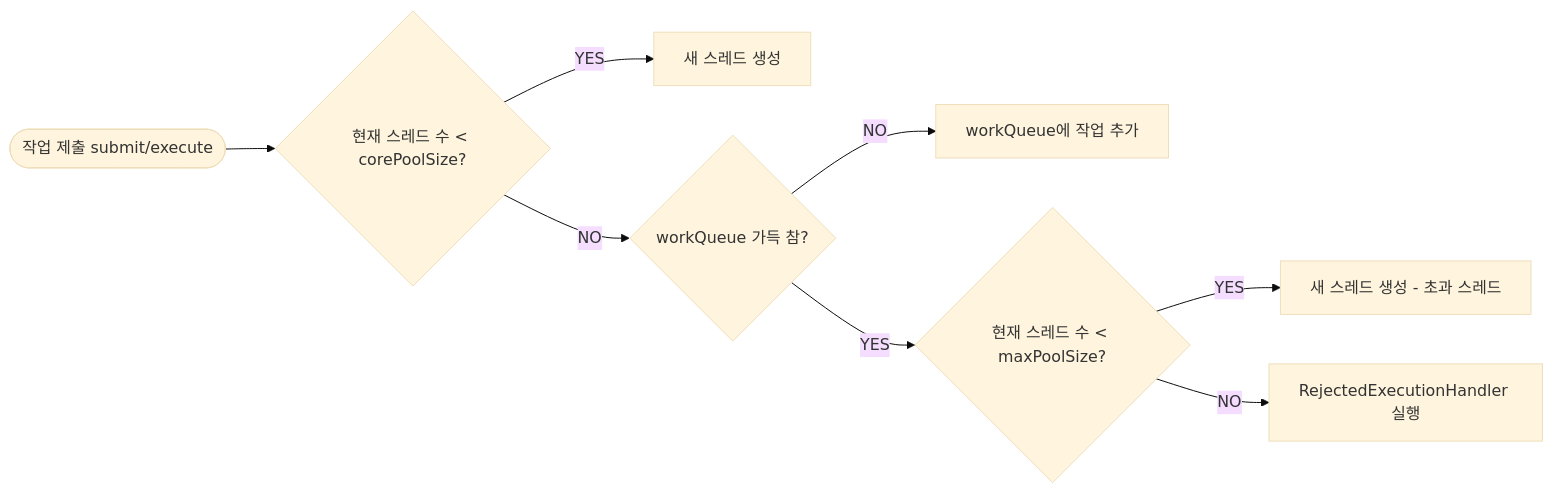
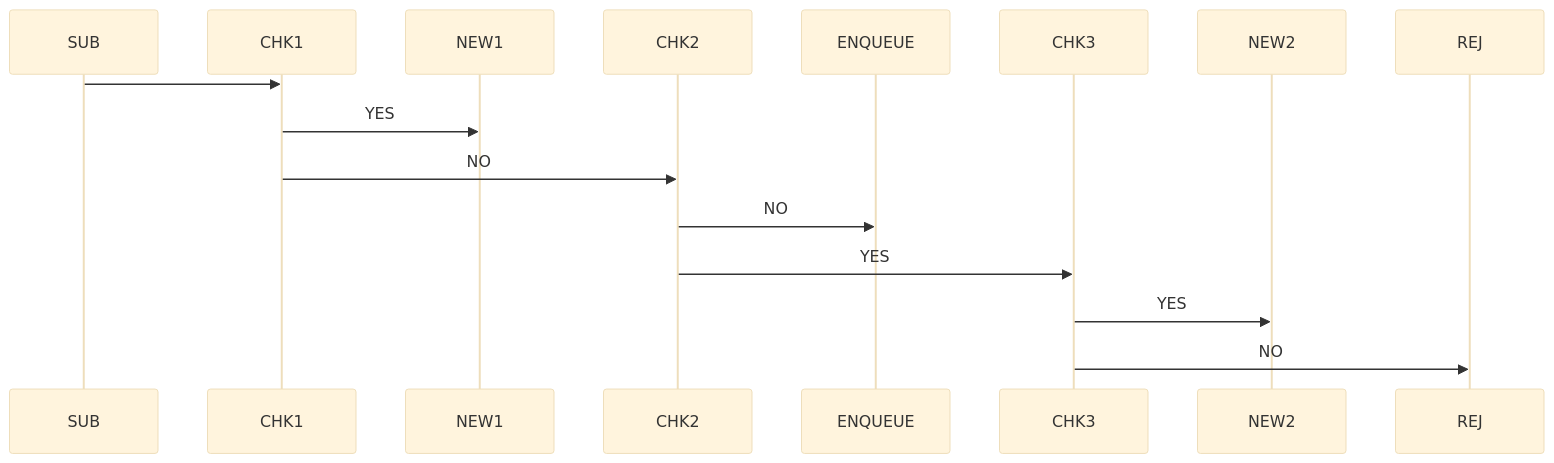
Before and after one commit to yjkim2015/yjkim2015.github.io: the seventh of 17 diagrams in _posts/java/2026-05-01-java-thread.md, drawn with Mermaid (base theme). The commit also changed other lines of this file and 89 other files, not shown here.

First line of the commit message:
복잡한 flowchart 163개 → sequenceDiagram 변환 (90파일)

````diff
--- a/_posts/java/2026-05-01-java-thread.md
+++ b/_posts/java/2026-05-01-java-thread.md
@@ -822,10 +825,10 @@
 ```mermaid
-graph LR
-  SUB([작업 제출 submit/execute]) --> CHK1{현재 스레드 수 &lt; corePoolSize?}
-  CHK1 -->|YES| NEW1[새 스레드 생성]
-  CHK1 -->|NO| CHK2{workQueue 가득 참?}
-  CHK2 -->|NO| ENQUEUE[workQueue에 작업 추가]
-  CHK2 -->|YES| CHK3{현재 스레드 수 &lt; maxPoolSize?}
-  CHK3 -->|YES| NEW2[새 스레드 생성 - 초과 스레드]
-  CHK3 -->|NO| REJ[RejectedExecutionHandler 실행]
+sequenceDiagram
+    SUB->>CHK1: 
+    CHK1->>NEW1: YES
+    CHK1->>CHK2: NO
+    CHK2->>ENQUEUE: NO
+    CHK2->>CHK3: YES
+    CHK3->>NEW2: YES
+    CHK3->>REJ: NO
 ```
````
